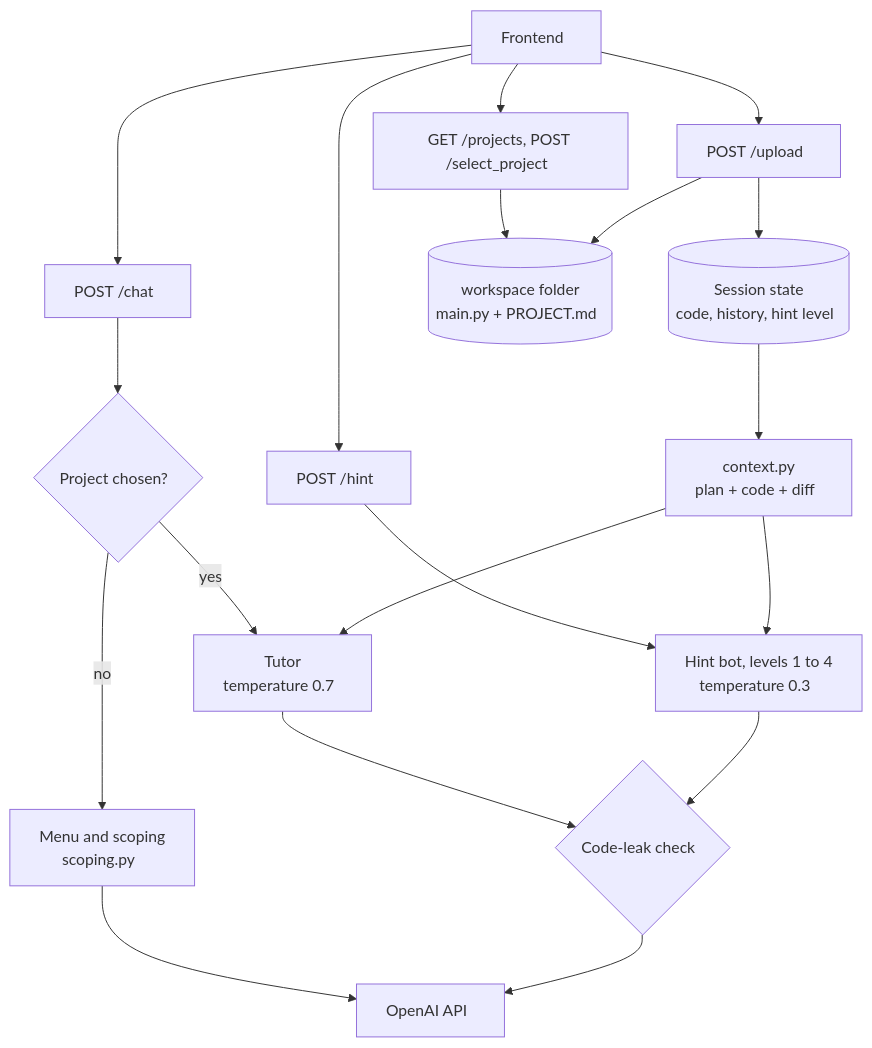
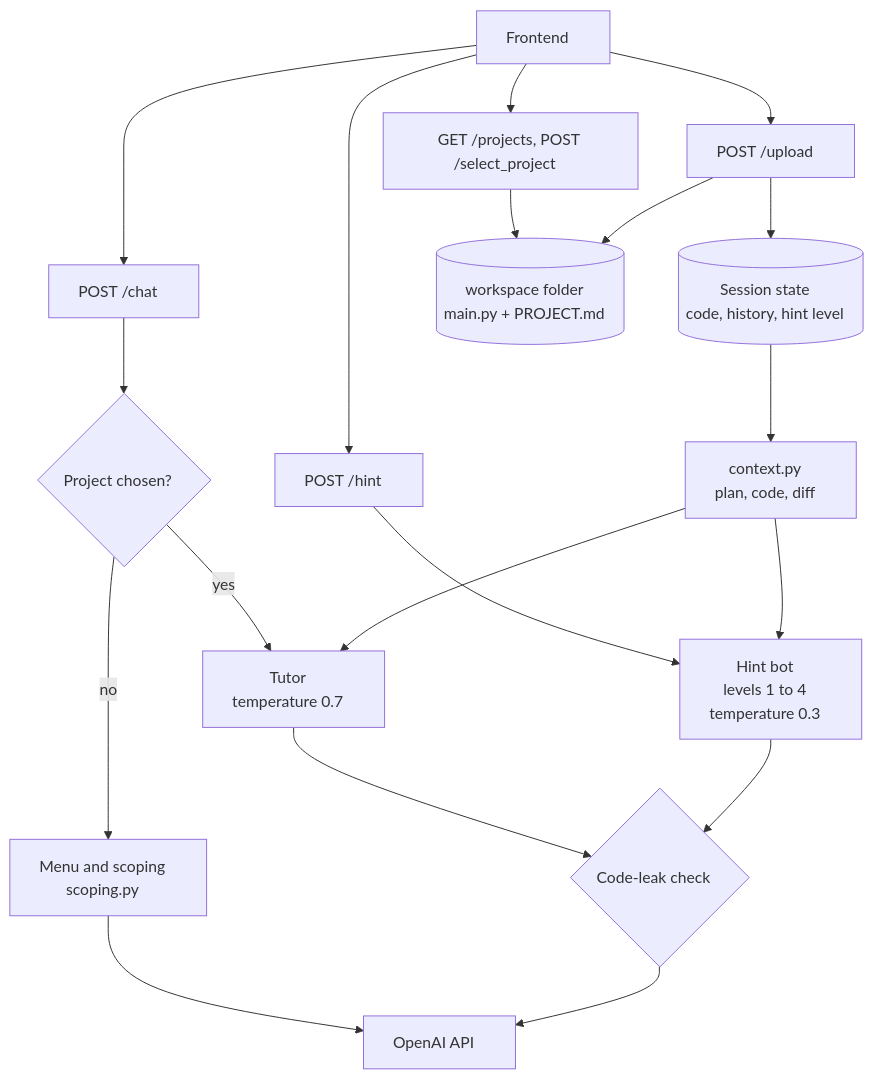
Before and after one commit to intishar-rafi/ai-programming-tutor-backend: the diagram in README.md, drawn with Mermaid.

Commit message:
readme updated

````diff
--- a/README.md
+++ b/README.md
@@ -29,26 +29,26 @@
 ```mermaid
 flowchart TD
-    client["Frontend&nbsp;&nbsp;"] --> chat["POST /chat&nbsp;&nbsp;"]
-    client --> hint["POST /hint&nbsp;&nbsp;"]
-    client --> upload["POST /upload&nbsp;&nbsp;"]
-    client --> projects["GET /projects, POST /select_project&nbsp;&nbsp;"]
+    client["Frontend&nbsp;&nbsp;&nbsp;"] --> chat["POST /chat&nbsp;&nbsp;&nbsp;"]
+    client --> hint["POST /hint&nbsp;&nbsp;&nbsp;"]
+    client --> upload["POST /upload&nbsp;&nbsp;&nbsp;"]
+    client --> projects["GET /projects, POST /select_project&nbsp;&nbsp;&nbsp;"]
 
-    chat --> menu{"Project chosen?&nbsp;&nbsp;"}
-    menu -- no --> scoping["Menu and scoping<br/>scoping.py&nbsp;&nbsp;"]
-    menu -- yes --> tutor["Tutor<br/>temperature 0.7&nbsp;&nbsp;"]
+    chat --> menu{"Project chosen?&nbsp;&nbsp;&nbsp;"}
+    menu -- no --> scoping["Menu and scoping&nbsp;&nbsp;&nbsp;<br/>scoping.py&nbsp;&nbsp;&nbsp;"]
+    menu -- yes --> tutor["Tutor&nbsp;&nbsp;&nbsp;<br/>temperature 0.7&nbsp;&nbsp;&nbsp;"]
 
-    hint --> ladder["Hint bot, levels 1 to 4<br/>temperature 0.3&nbsp;&nbsp;"]
+    hint --> ladder["Hint bot&nbsp;&nbsp;&nbsp;<br/>levels 1 to 4&nbsp;&nbsp;&nbsp;<br/>temperature 0.3&nbsp;&nbsp;&nbsp;"]
 
-    upload --> state[("Session state<br/>code, history, hint level&nbsp;&nbsp;")]
-    projects --> files[("workspace folder<br/>main.py + PROJECT.md&nbsp;&nbsp;")]
+    upload --> state[("Session state&nbsp;&nbsp;&nbsp;<br/>code, history, hint level&nbsp;&nbsp;&nbsp;")]
+    projects --> files[("workspace folder&nbsp;&nbsp;&nbsp;<br/>main.py + PROJECT.md&nbsp;&nbsp;&nbsp;")]
     upload --> files
 
-    state --> context["context.py<br/>plan + code + diff&nbsp;&nbsp;"]
+    state --> context["context.py&nbsp;&nbsp;&nbsp;<br/>plan, code, diff&nbsp;&nbsp;&nbsp;"]
     context --> tutor
     context --> ladder
 
-    tutor --> check{"Code-leak check&nbsp;&nbsp;"}
+    tutor --> check{"Code-leak check&nbsp;&nbsp;&nbsp;"}
     ladder --> check
-    scoping --> llm["OpenAI API&nbsp;&nbsp;"]
+    scoping --> llm["OpenAI API&nbsp;&nbsp;&nbsp;"]
     check --> llm
 ```
````
